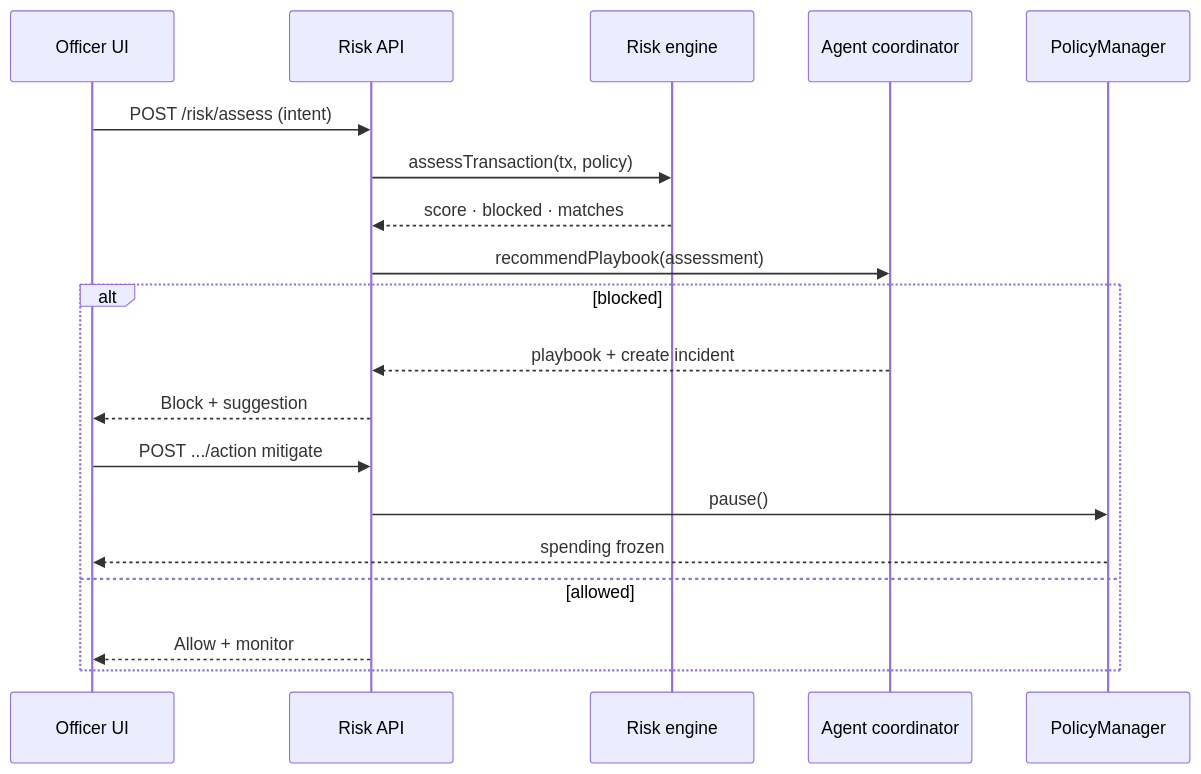
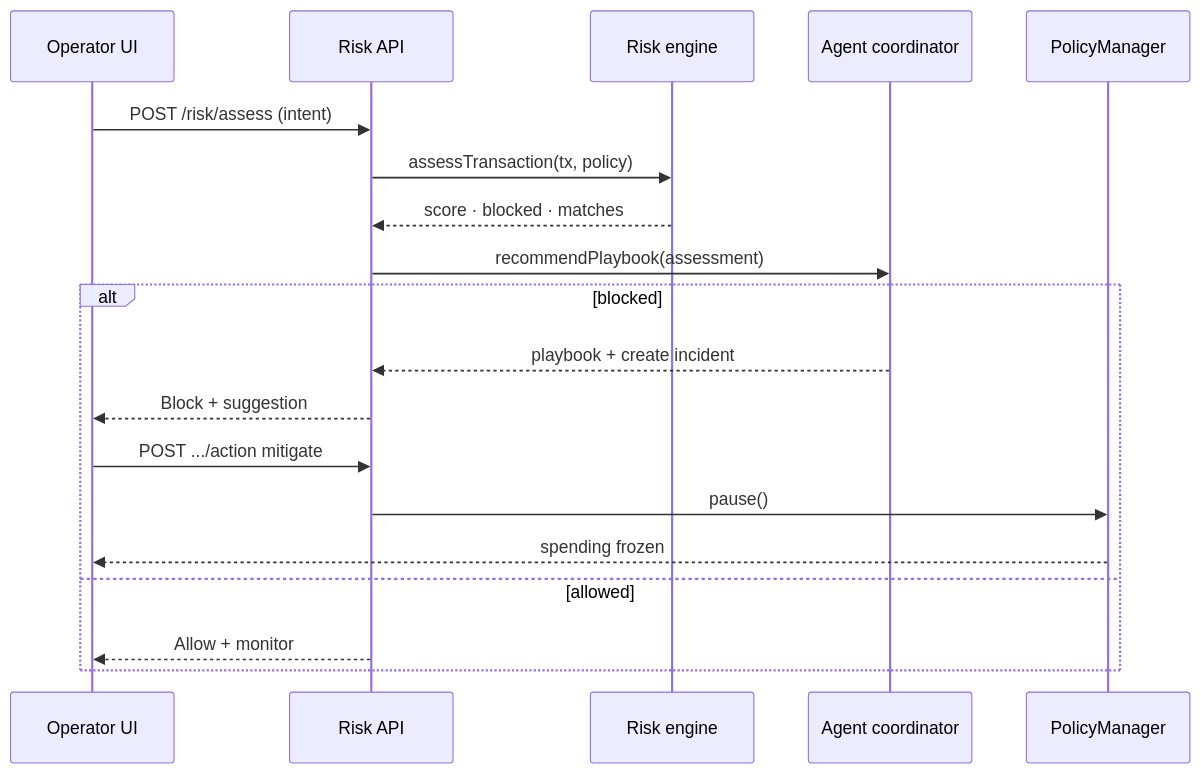
The fourth of 7 diagrams in docs/architecture.md (thesithunyein/arb-guardian), drawn with Mermaid before and after one commit. The commit also changed other lines of this file and 12 other files, not shown here.

````diff
--- a/docs/architecture.md
+++ b/docs/architecture.md
@@ -130,22 +130,22 @@
 ```mermaid
 sequenceDiagram
-  participant O as Officer UI
+  participant O as Operator UI
   participant API as Risk API
   participant RE as Risk engine
   participant AC as Agent coordinator
   participant PM as PolicyManager
 
   O->>API: POST /risk/assess (intent)
   API->>RE: assessTransaction(tx, policy)
   RE-->>API: score · blocked · matches
   API->>AC: recommendPlaybook(assessment)
   alt blocked
     AC-->>API: playbook + create incident
     API-->>O: Block + suggestion
     O->>API: POST .../action mitigate
     API->>PM: pause()
     PM-->>O: spending frozen
   else allowed
     API-->>O: Allow + monitor
   end
 ```
````
